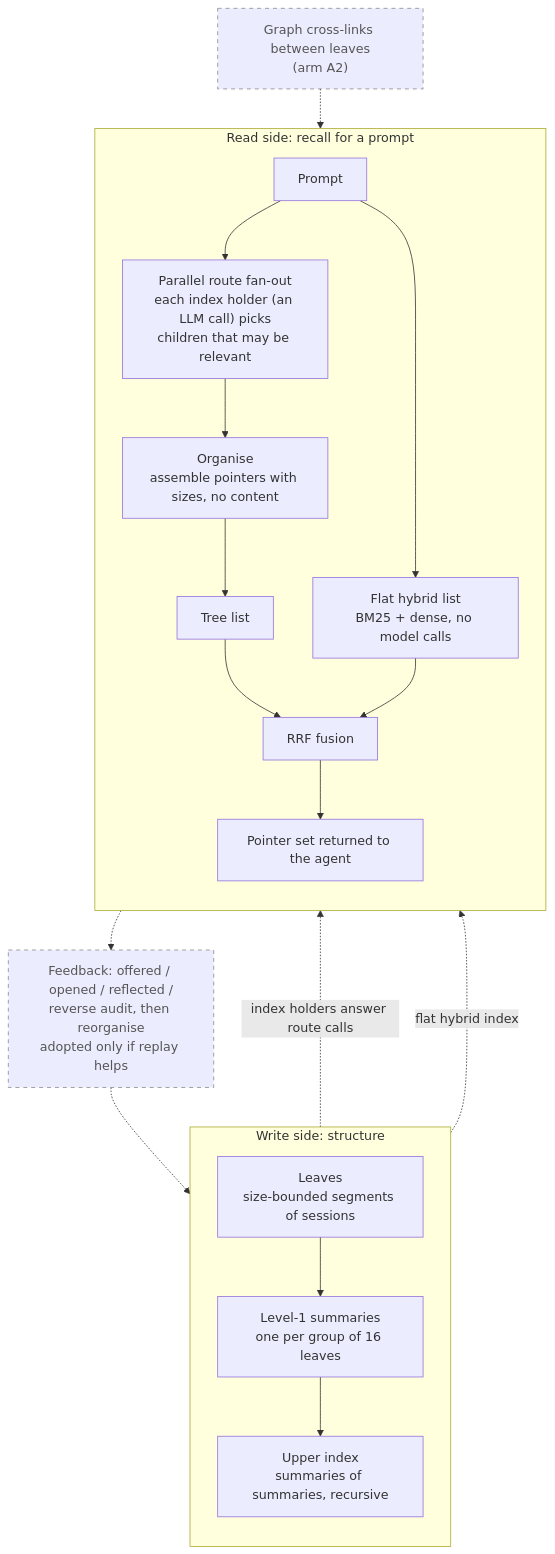
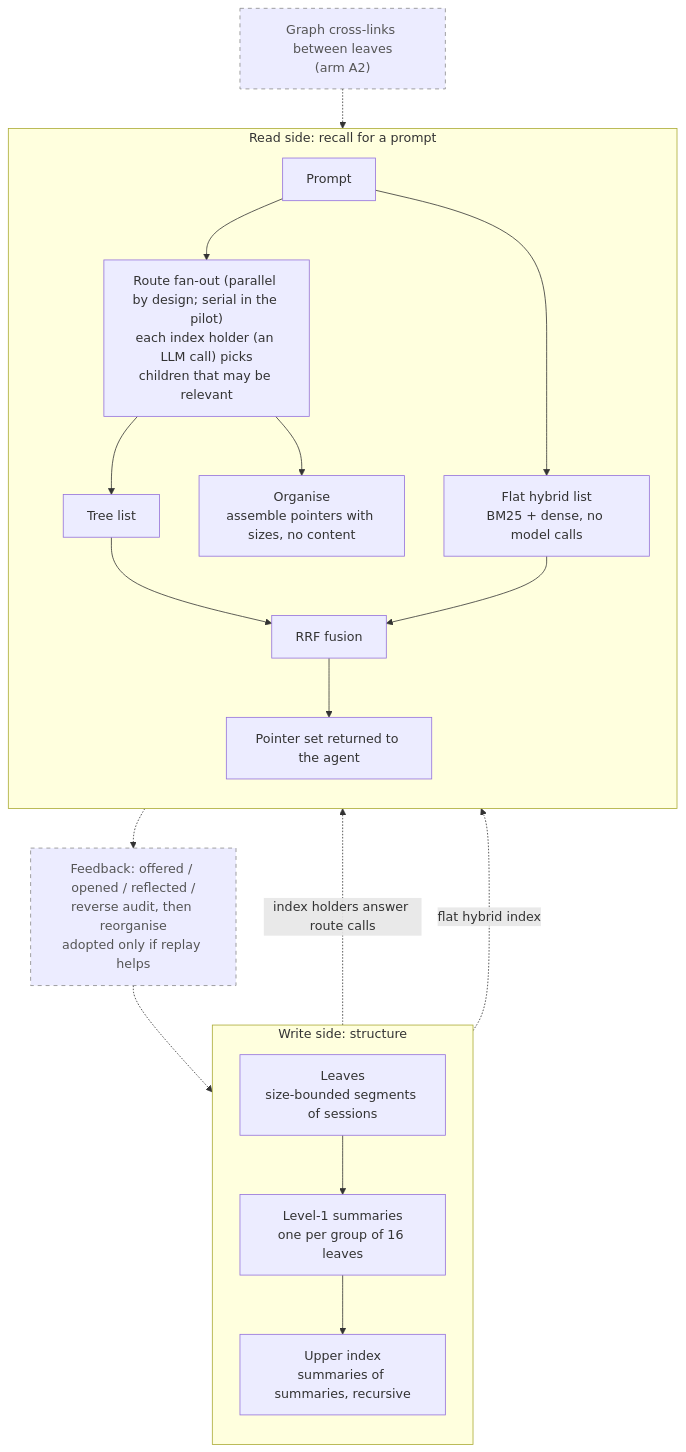
The diagram in docs/ARCHITECTURE.md (ericmacdougall/living-context), drawn with Mermaid before and after one commit. The commit also changed other lines of this file and 1 other file, not shown here.

Commit message:
docs(architecture): correct parallel and organise wording (Fable R2 D4)
Why: README said holders are asked in parallel while the pilot was serial, and the diagram routed Organise into the fused list, which the text denies.
What: Reword README recall bullet and ARCHITECTURE route label; redraw Organise as a side branch; organise groups pointers into an outline.
Testing: not run: docs only
Refs: none (docs; no ticket system tracks this repo)

````diff
--- a/docs/ARCHITECTURE.md
+++ b/docs/ARCHITECTURE.md
@@ -46,36 +46,37 @@
 ```mermaid
 flowchart TD
     subgraph WRITE["Write side: structure"]
         direction TB
         L["Leaves<br/>size-bounded segments of sessions"]
         L1["Level-1 summaries<br/>one per group of 16 leaves"]
         UP["Upper index<br/>summaries of summaries, recursive"]
         L --> L1 --> UP
     end
 
     subgraph READ["Read side: recall for a prompt"]
         direction TB
         Q["Prompt"]
-        R["Parallel route fan-out<br/>each index holder (an LLM call) picks<br/>children that may be relevant"]
+        R["Route fan-out (parallel by design; serial in the pilot)<br/>each index holder (an LLM call) picks<br/>children that may be relevant"]
         O["Organise<br/>assemble pointers with sizes, no content"]
         T["Tree list"]
         F["Flat hybrid list<br/>BM25 + dense, no model calls"]
         X["RRF fusion"]
         P["Pointer set returned to the agent"]
-        Q --> R --> O --> T --> X
+        Q --> R --> T --> X
+        R --> O
         Q --> F --> X
         X --> P
     end
 
     UP -. "index holders answer route calls" .-> R
     L -. "flat hybrid index" .-> F
 
     G["Graph cross-links between leaves<br/>(arm A2)"]
     FB["Feedback: offered / opened / reflected /<br/>reverse audit, then reorganise<br/>adopted only if replay helps"]
     G -.-> R
     P -.-> FB
     FB -.-> WRITE
 
     classDef designed stroke-dasharray: 5 5,stroke:#888,color:#555;
     class G,FB designed;
 ```
````
